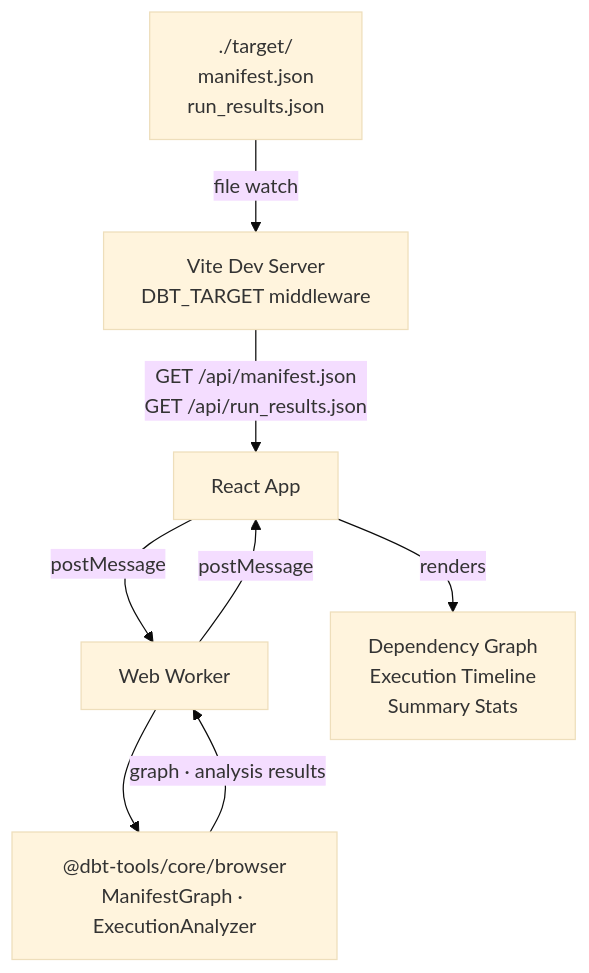
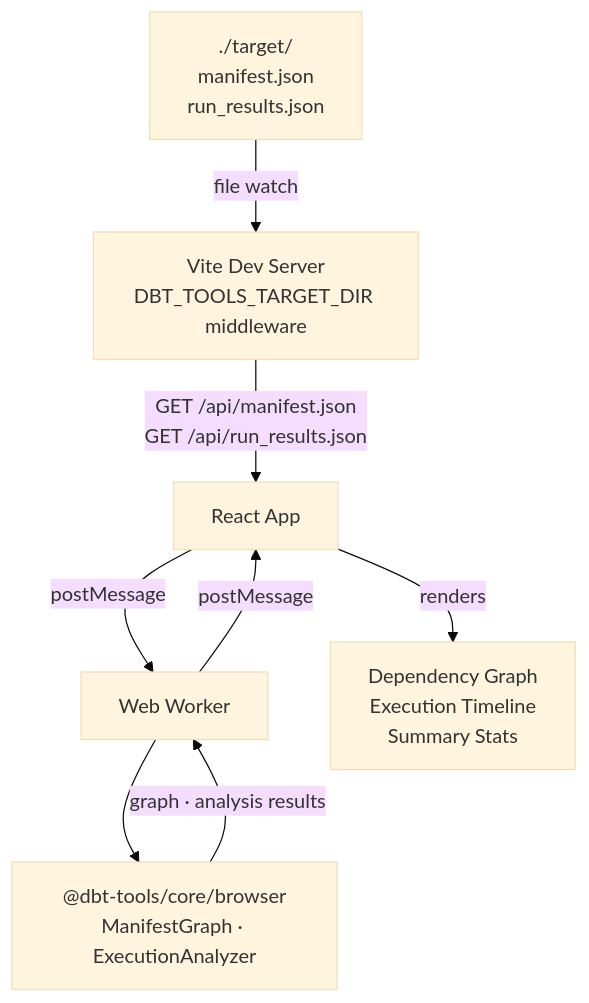
The diagram in packages/dbt-tools/web/README.md (yu-iskw/dbt-artifacts-parser-ts), drawn with Mermaid (base theme) before and after one commit. The commit also changed other lines of this file and 19 other files, not shown here.

Commit message:
Refactor environment variable naming for dbt-tools (#65)

````diff
--- a/packages/dbt-tools/web/README.md
+++ b/packages/dbt-tools/web/README.md
@@ -40,16 +40,16 @@
 ```mermaid
 graph TD
   FS["./target/\nmanifest.json\nrun_results.json"]
-  VDS[Vite Dev Server\nDBT_TARGET middleware]
+  VDS[Vite Dev Server\nDBT_TOOLS_TARGET_DIR middleware]
   APP[React App]
   WW[Web Worker]
   CORE["@dbt-tools/core/browser\nManifestGraph · ExecutionAnalyzer"]
 
   FS -->|file watch| VDS
   VDS -->|GET /api/manifest.json\nGET /api/run_results.json| APP
   APP -->|postMessage| WW
   WW --> CORE
   CORE -->|graph · analysis results| WW
   WW -->|postMessage| APP
   APP -->|renders| UI[Dependency Graph\nExecution Timeline\nSummary Stats]
 ```
````
